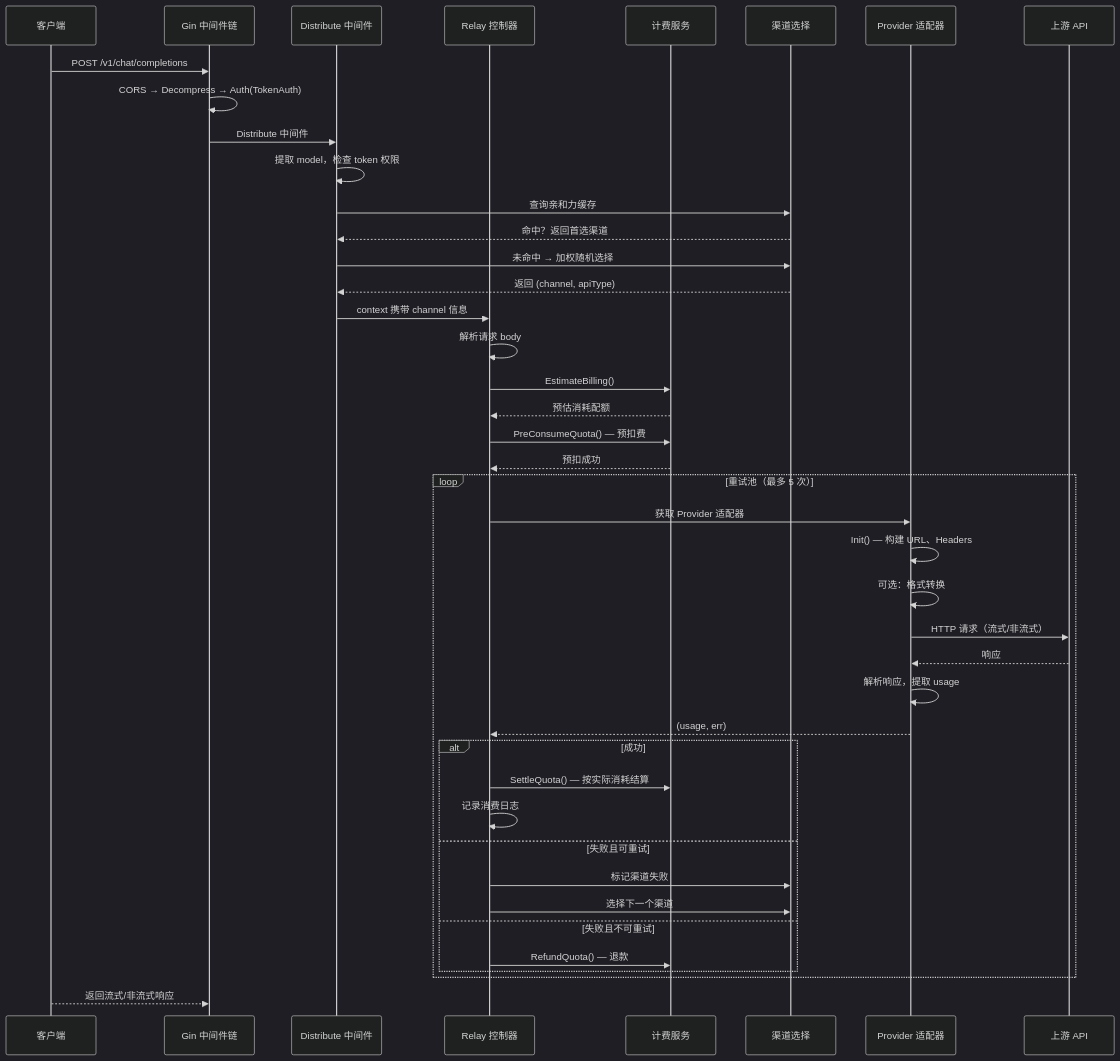
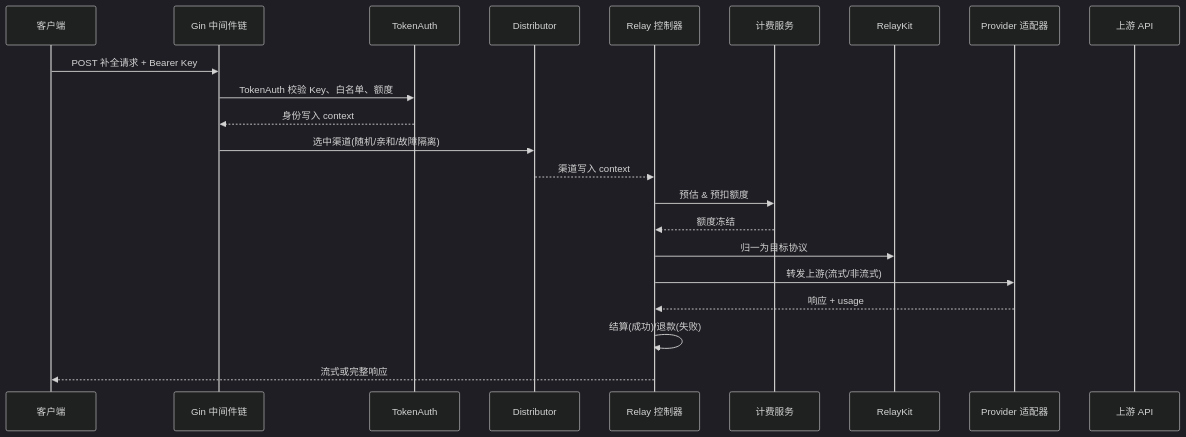
The second of 2 diagrams in ai-infra/new-api/README.md (morehao/oss-insights), drawn with Mermaid (dark theme) before and after one commit. The commit also changed other lines of this file and 8 other files, not shown here.

````diff
--- a/ai-infra/new-api/README.md
+++ b/ai-infra/new-api/README.md
@@ -179,50 +136,25 @@
 ```mermaid
 sequenceDiagram
     participant C as 客户端
-    participant Gin as Gin 中间件链
-    participant Dist as Distribute 中间件
-    participant Ctrl as Relay 控制器
-    participant Billing as 计费服务
-    participant Channel as 渠道选择
-    participant Adaptor as Provider 适配器
-    participant Up as 上游 API
+    participant G as Gin 中间件链
+    participant T as TokenAuth
+    participant D as Distributor
+    participant R as Relay 控制器
+    participant B as 计费服务
+    participant K as RelayKit
+    participant A as Provider 适配器
+    participant U as 上游 API
 
-    C->>Gin: POST /v1/chat/completions
-    Gin->>Gin: CORS → Decompress → Auth(TokenAuth)
-    Gin->>Dist: Distribute 中间件
-    Dist->>Dist: 提取 model，检查 token 权限
-    Dist->>Channel: 查询亲和力缓存
-    Channel-->>Dist: 命中？返回首选渠道
-    Dist->>Channel: 未命中 → 加权随机选择
-    Channel-->>Dist: 返回 (channel, apiType)
-    Dist->>Ctrl: context 携带 channel 信息
-
-    Ctrl->>Ctrl: 解析请求 body
-    Ctrl->>Billing: EstimateBilling()
-    Billing-->>Ctrl: 预估消耗配额
-
-    Ctrl->>Billing: PreConsumeQuota() — 预扣费
-    Billing-->>Ctrl: 预扣成功
-
-    loop 重试池（最多 5 次）
-        Ctrl->>Adaptor: 获取 Provider 适配器
-        Adaptor->>Adaptor: Init() — 构建 URL、Headers
-        Adaptor->>Adaptor: 可选：格式转换
-        Adaptor->>Up: HTTP 请求（流式/非流式）
-        Up-->>Adaptor: 响应
-        Adaptor->>Adaptor: 解析响应，提取 usage
-        Adaptor-->>Ctrl: (usage, err)
-
-        alt 成功
-            Ctrl->>Billing: SettleQuota() — 按实际消耗结算
-            Ctrl->>Ctrl: 记录消费日志
-        else 失败且可重试
-            Ctrl->>Channel: 标记渠道失败
-            Ctrl->>Channel: 选择下一个渠道
-        else 失败且不可重试
-            Ctrl->>Billing: RefundQuota() — 退款
-        end
-    end
-
-    C-->>Gin: 返回流式/非流式响应
+    C->>G: POST 补全请求 + Bearer Key
+    G->>T: TokenAuth 校验 Key、白名单、额度
+    T-->>G: 身份写入 context
+    G->>D: 选中渠道(随机/亲和/故障隔离)
+    D-->>R: 渠道写入 context
+    R->>B: 预估 & 预扣额度
+    B-->>R: 额度冻结
+    R->>K: 归一为目标协议
+    R->>A: 转发上游(流式/非流式)
+    A-->>R: 响应 + usage
+    R->>R: 结算(成功)/退款(失败)
+    R-->>C: 流式或完整响应
 ```
````
